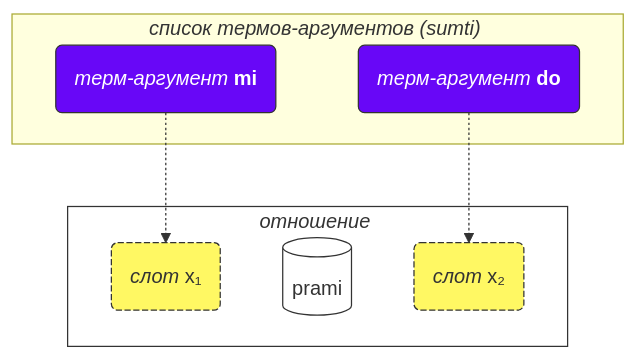
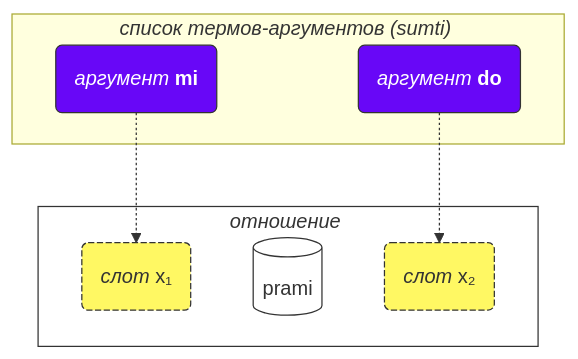
One commit to La-Lojban/lojban.pw changed the first of 2 diagrams in data/pages/ru/books/learn-lojban/!2.md. Above: the diagram before and after it, drawn with Mermaid. The commit also changed other lines of this file and 80 other files, not shown here.

````diff
--- a/data/pages/ru/books/learn-lojban/!2.md
+++ b/data/pages/ru/books/learn-lojban/!2.md
@@ -87,29 +87,29 @@
 ```mermaid
 flowchart TB
     %%common settings
     subgraph bridi["<i>отношение</i>#nbsp;"]
         x1("<i>слот</i> x#8321;")
         selbri
         x2("<i>слот</i> x#8322;")
     end
     subgraph sumti["<i>список термов-аргументов (sumti)</i>#nbsp;"]
         s1-.->x1
         s2-.->x2
     end
     classDef s fill:#6807F7,stroke:#333,stroke-width:1px,color:#fff;
     class s1 s;
     class s2 s;
     classDef x fill:#FFF863,stroke:#333,stroke-width:1px,stroke-dasharray: 5 2;
     class x1 x;
     class x2 x;
     classDef blabi fill:#fff,stroke:#333;
     class selbri blabi;
     class bridi blabi;
 
     %% input your sumti:
-    s1("<i>терм-аргумент</i> <b>mi</b>")
-    s2("<i>терм-аргумент</i> <b>do</b>")
+    s1("<i>аргумент</i> <b>mi</b>")
+    s2("<i>аргумент</i> <b>do</b>")
     %% input your selbri
     selbri[(prami)]
 
 ```
````
